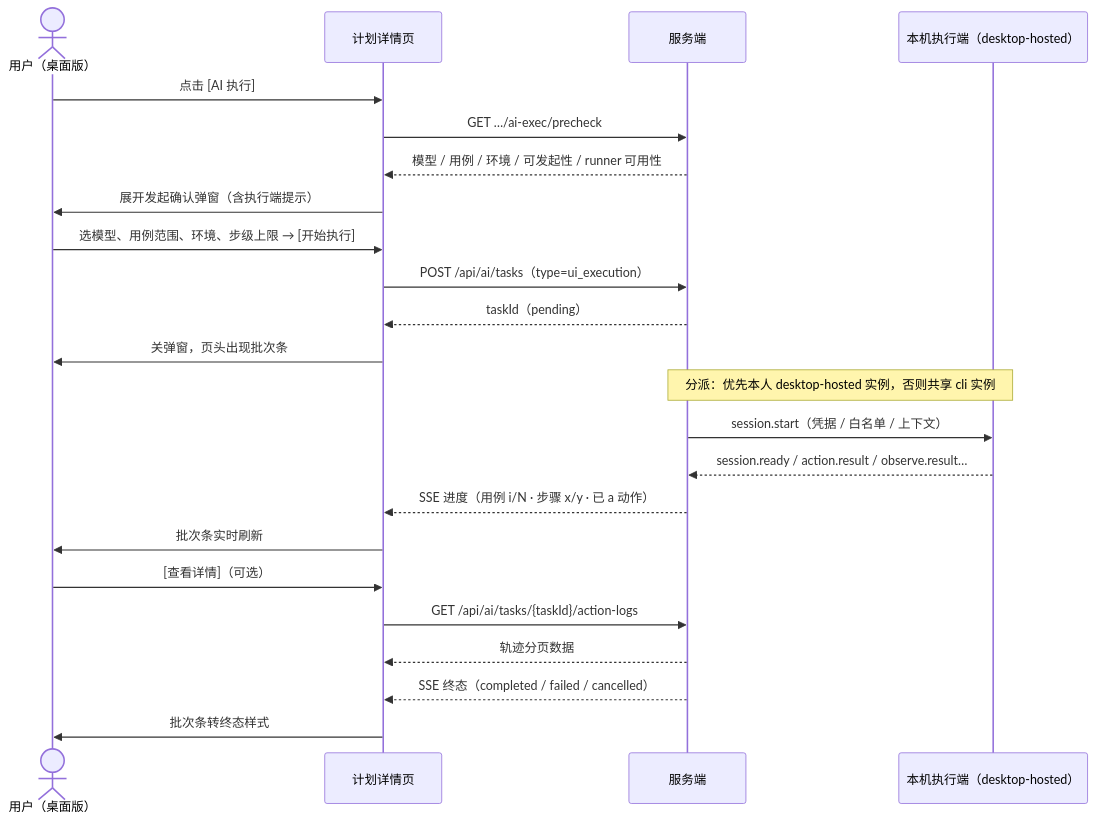
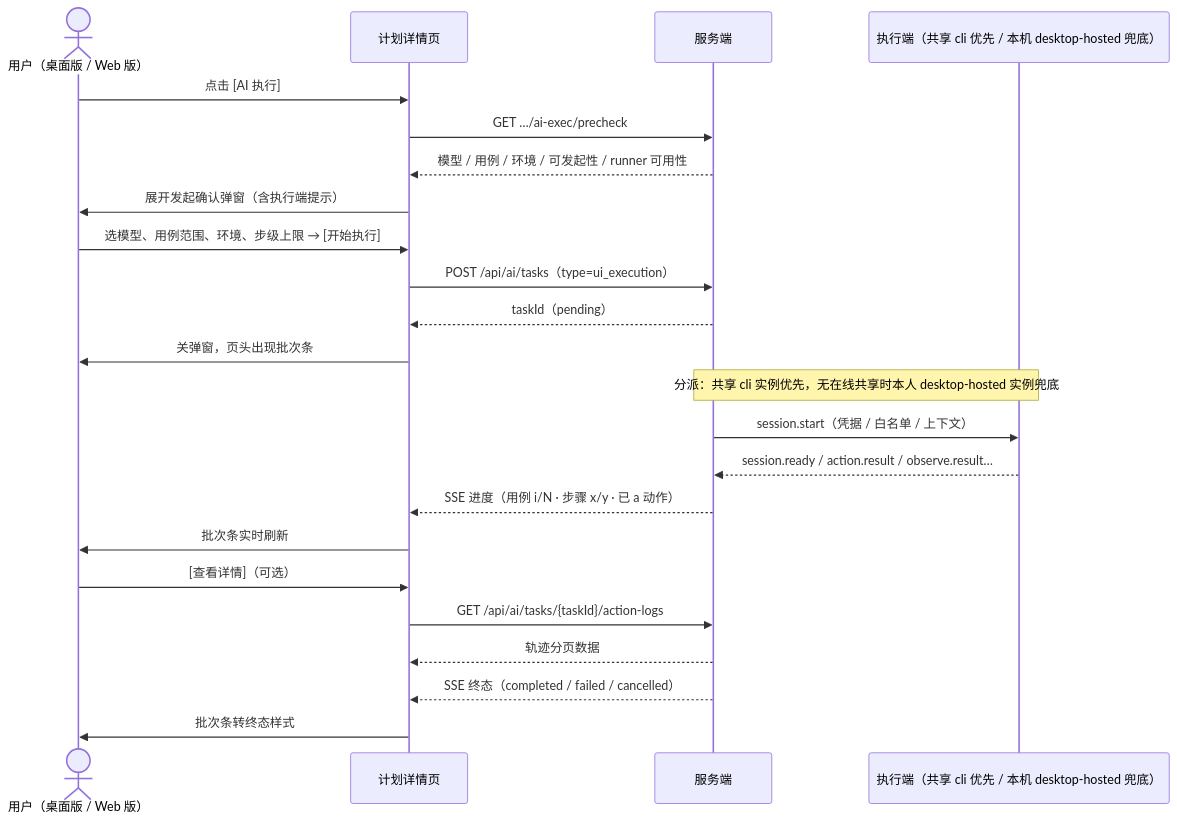
The first of 2 diagrams in docs/05-interaction-design/03-function-testing/07-workspace-ui-ai-execution.md (XiaoMiSum/robotest), drawn with Mermaid before and after one commit. The commit also changed other lines of this file and 1 other file, not shown here.

````diff
--- a/docs/05-interaction-design/03-function-testing/07-workspace-ui-ai-execution.md
+++ b/docs/05-interaction-design/03-function-testing/07-workspace-ui-ai-execution.md
@@ -251,25 +251,25 @@
 ```mermaid
 sequenceDiagram
-    actor U as 用户（桌面版）
+    actor U as 用户（桌面版 / Web 版）
     participant P as 计划详情页
     participant S as 服务端
-    participant R as 本机执行端（desktop-hosted）
+    participant R as 执行端（共享 cli 优先 / 本机 desktop-hosted 兜底）
     U->>P: 点击 [AI 执行]
     P->>S: GET …/ai-exec/precheck
     S-->>P: 模型 / 用例 / 环境 / 可发起性 / runner 可用性
     P->>U: 展开发起确认弹窗（含执行端提示）
     U->>P: 选模型、用例范围、环境、步级上限 → [开始执行]
     P->>S: POST /api/ai/tasks（type=ui_execution）
     S-->>P: taskId（pending）
     P->>U: 关弹窗，页头出现批次条
-    Note over S,R: 分派：优先本人 desktop-hosted 实例，否则共享 cli 实例
+    Note over S,R: 分派：共享 cli 实例优先，无在线共享时本人 desktop-hosted 实例兜底
     S->>R: session.start（凭据 / 白名单 / 上下文）
     R-->>S: session.ready / action.result / observe.result…
     S-->>P: SSE 进度（用例 i/N · 步骤 x/y · 已 a 动作）
     P->>U: 批次条实时刷新
     U->>P: [查看详情]（可选）
     P->>S: GET /api/ai/tasks/{taskId}/action-logs
     S-->>P: 轨迹分页数据
     S-->>P: SSE 终态（completed / failed / cancelled）
     P->>U: 批次条转终态样式
 ```
````
